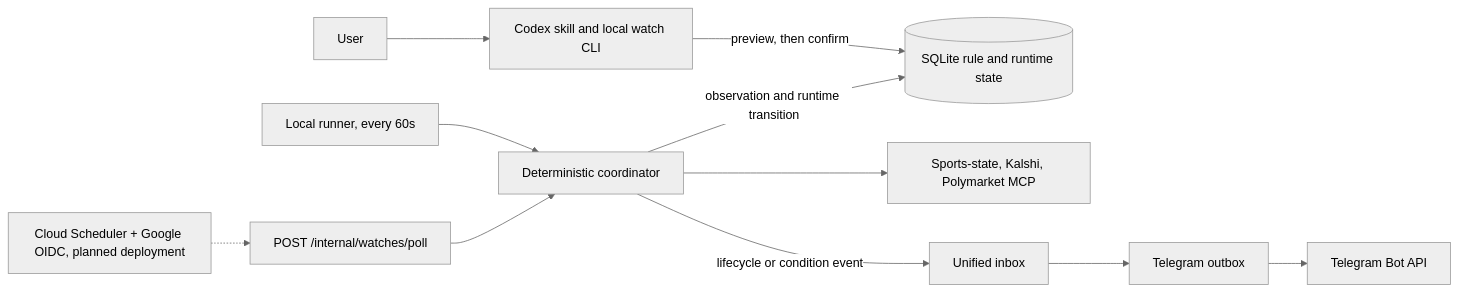
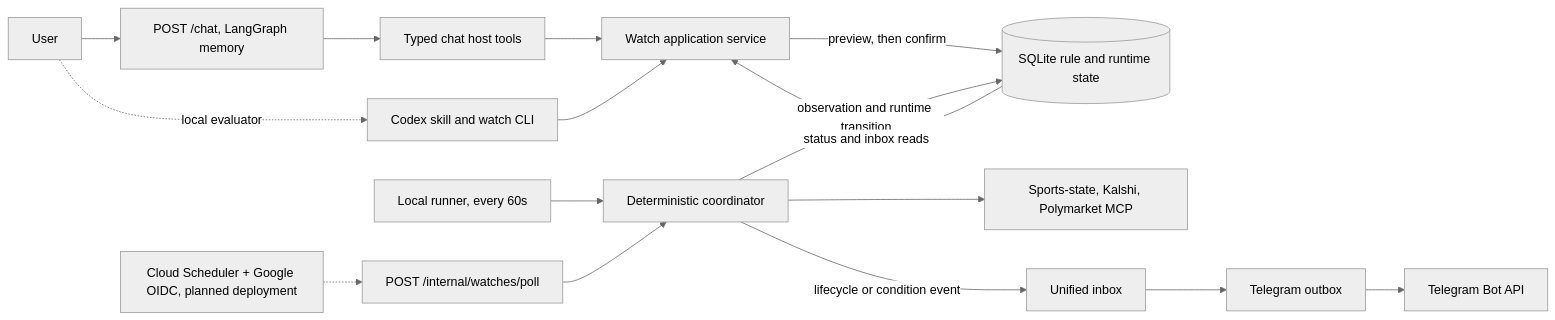
One commit to waderylan/prediction-market-agent changed the fourth of 4 diagrams in README.md. Above: the diagram before and after it, drawn with Mermaid (neutral theme). The commit also changed other lines of this file and 9 other files, not shown here.

````diff
--- a/README.md
+++ b/README.md
@@ -333,11 +337,14 @@
 ```mermaid
 flowchart LR
-    U[User] --> FRONT[Codex skill and local watch CLI]
-    FRONT -->|preview, then confirm| DB[(SQLite rule and runtime state)]
+    U[User] --> CHAT[POST /chat, LangGraph memory]
+    CHAT --> HOST[Typed chat host tools] --> SVC[Watch application service]
+    SVC -->|preview, then confirm| DB[(SQLite rule and runtime state)]
+    U -. local evaluator .-> CLI[Codex skill and watch CLI] --> SVC
     LR[Local runner, every 60s] --> CO[Deterministic coordinator]
     CS[Cloud Scheduler + Google OIDC, planned deployment] -.-> PE[POST /internal/watches/poll] --> CO
     CO -->|observation and runtime transition| DB
     CO --> MCP[Sports-state, Kalshi, Polymarket MCP]
     CO -->|lifecycle or condition event| IN[Unified inbox]
     IN --> OB[Telegram outbox] --> TG[Telegram Bot API]
+    DB -->|status and inbox reads| SVC
 ```
````
